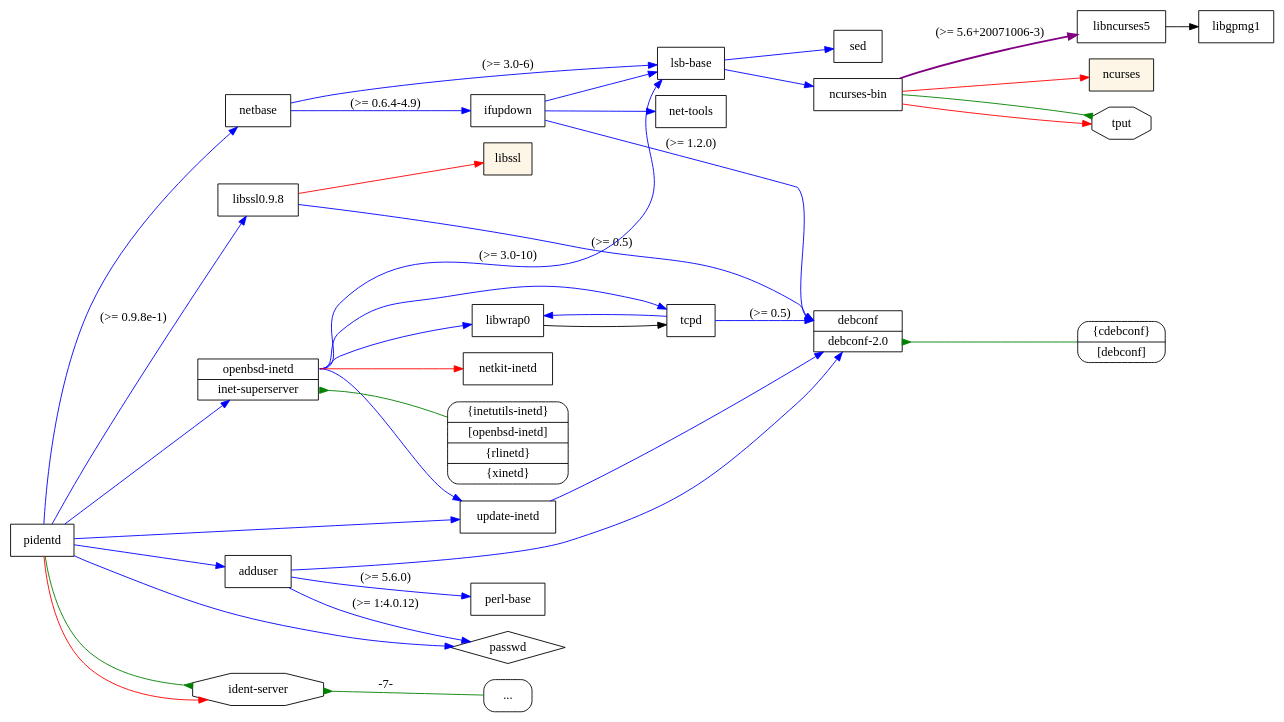
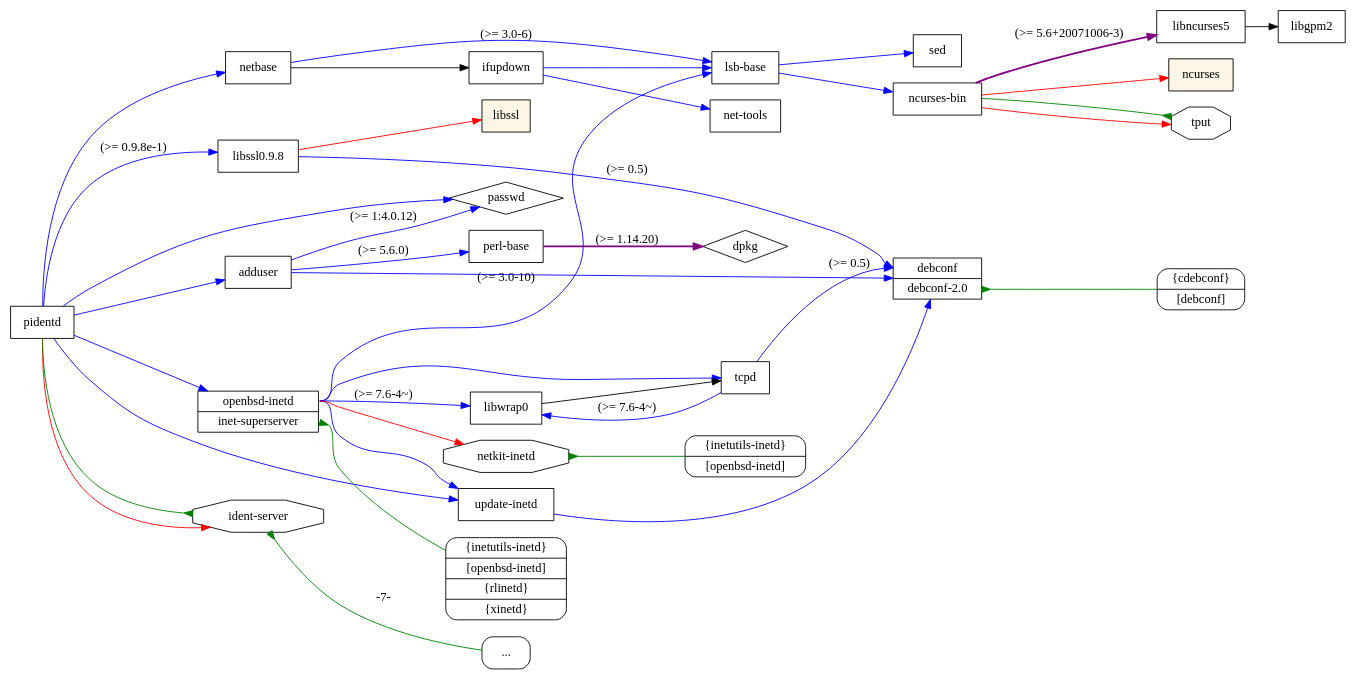
Before and after one commit to juandesant/debtree: the diagram in testset/usage3.1.dot, drawn with Graphviz. The commit also changed 21 other files, not shown here.

```diff
--- a/testset/usage3.1.dot
+++ b/testset/usage3.1.dot
@@ -1,66 +1,74 @@
 digraph "pidentd" {
 	rankdir=LR;
 	node [shape=box];
 	"pidentd" -> "libssl0.9.8" [color=blue,label="(>= 0.9.8e-1)"];
 	"libssl0.9.8" -> "alt1":"debconf" [color=blue,label="(>= 0.5)"];
 	"alt1":"debconf-2.0" -> virt1 [dir=back,arrowtail=inv,color=green];
 	"libssl0.9.8" -> "libssl" [color=red];
 	"pidentd" -> "netbase" [color=blue];
-	"netbase" -> "ifupdown" [color=blue,label="(>= 0.6.4-4.9)"];
-	"ifupdown" -> "net-tools" [color=blue];
-	"ifupdown" -> "alt1":"debconf" [color=blue,label="(>= 1.2.0)"];
-	"ifupdown" -> "lsb-base" [color=blue];
+	"netbase" -> "lsb-base" [color=blue,label="(>= 3.0-6)"];
 	"lsb-base" -> "sed" [color=blue];
 	"lsb-base" -> "ncurses-bin" [color=blue];
 	"ncurses-bin" -> "libncurses5" [color=purple,style=bold,label="(>= 5.6+20071006-3)"];
-	"libncurses5" -> "libgpmg1";
+	"libncurses5" -> "libgpm2";
 	"ncurses-bin" -> "ncurses" [color=red];
 	"ncurses-bin" -> "tput" [color=red];
-	"netbase" -> "lsb-base" [color=blue,label="(>= 3.0-6)"];
+	"netbase" -> "ifupdown";
+	"ifupdown" -> "net-tools" [color=blue];
+	"ifupdown" -> "lsb-base" [color=blue];
 	"pidentd" -> "adduser" [color=blue];
 	"adduser" -> "perl-base" [color=blue,label="(>= 5.6.0)"];
+	"perl-base" -> "dpkg" [color=purple,style=bold,label="(>= 1.14.20)"];
 	"adduser" -> "passwd" [color=blue,label="(>= 1:4.0.12)"];
 	"adduser" -> "alt1" [color=blue];
 	"pidentd" -> "passwd" [color=blue];
 	"pidentd" -> "update-inetd" [color=blue];
 	"update-inetd" -> "alt1" [color=blue];
 	"pidentd" -> "alt2" [color=blue];
-	"alt2":"openbsd-inetd" -> "libwrap0" [color=blue];
+	"alt2":"openbsd-inetd" -> "libwrap0" [color=blue,label="(>= 7.6-4~)"];
 	"libwrap0" -> "tcpd";
-	"tcpd" -> "libwrap0" [color=blue];
+	"tcpd" -> "libwrap0" [color=blue,label="(>= 7.6-4~)"];
 	"tcpd" -> "alt1":"debconf" [color=blue,label="(>= 0.5)"];
 	"alt2":"openbsd-inetd" -> "lsb-base" [color=blue,label="(>= 3.0-10)"];
 	"alt2":"openbsd-inetd" -> "update-inetd" [color=blue];
 	"alt2":"openbsd-inetd" -> "tcpd" [color=blue];
 	"alt2":"openbsd-inetd" -> "netkit-inetd" [color=red];
 	"alt2":"inet-superserver" -> virt2 [dir=back,arrowtail=inv,color=green];
 	"pidentd" -> "ident-server" [color=red];
 	"pidentd" -> "ident-server" [arrowhead=inv,color=green];
 	"ident-server" [shape=octagon];
 	"libssl" [style=filled,fillcolor=oldlace];
 	"ncurses" [style=filled,fillcolor=oldlace];
 	"tput" -> "ncurses-bin" [dir=back,arrowtail=inv,color=green];
 	"tput" [shape=octagon];
+	"netkit-inetd" -> virt3 [dir=back,arrowtail=inv,color=green];
+	"netkit-inetd" [shape=octagon];
 	"ident-server" -> "Pr-ident-server" [label="-7-",dir=back,arrowtail=inv,color=green];
 	"Pr-ident-server" [label="...",style=rounded];
 	"ident-server" [shape=octagon];
 	alt1 [
 		shape = "record"
 		label = "<debconf> debconf | <debconf-2.0> debconf-2.0"
 	]
 	alt2 [
 		shape = "record"
 		label = "<openbsd-inetd> openbsd-inetd | <inet-superserver> inet-superserver"
 	]
 	virt1 [
 		shape = "record"
 		style = "rounded"
 		label = "<cdebconf> \{cdebconf\} | <debconf> [debconf]"
 	]
 	virt2 [
 		shape = "record"
 		style = "rounded"
 		label = "<inetutils-inetd> \{inetutils-inetd\} | <openbsd-inetd> [openbsd-inetd] | <rlinetd> \{rlinetd\} | <xinetd> \{xinetd\}"
 	]
+	virt3 [
+		shape = "record"
+		style = "rounded"
+		label = "<inetutils-inetd> \{inetutils-inetd\} | <openbsd-inetd> [openbsd-inetd]"
+	]
+	"dpkg" [shape = diamond];
 	"passwd" [shape = diamond];
 }
```
